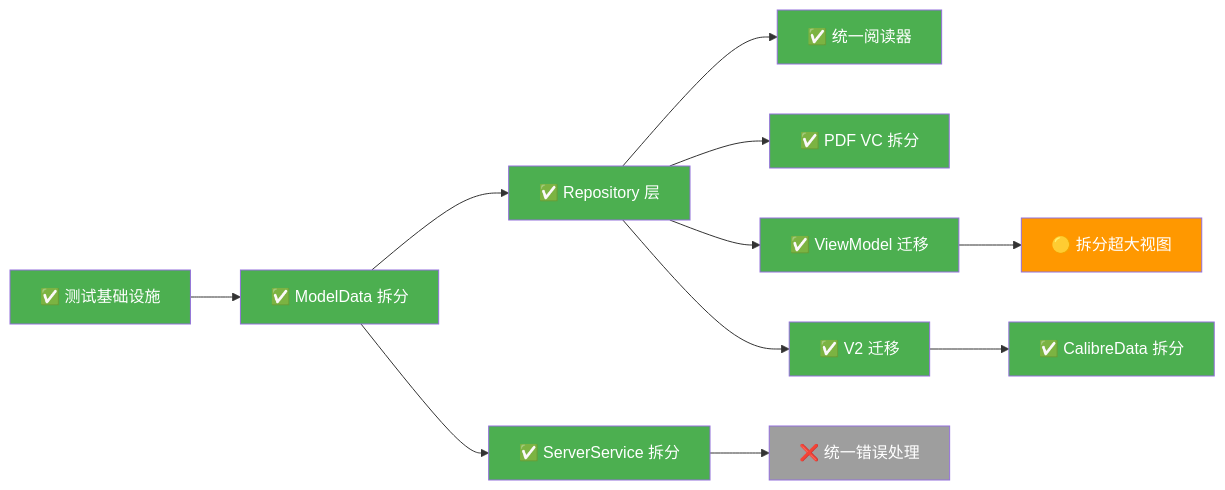
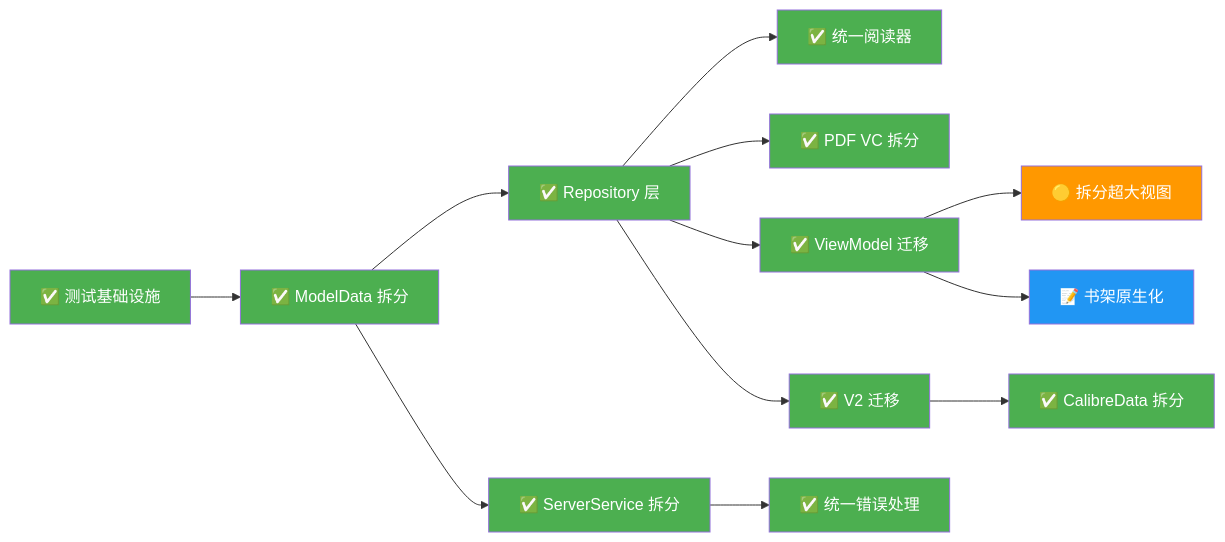
The third of 3 diagrams in .agents/plans/REFACTOR_PLAN.claude.md (drearycold/YetAnotherEBookReader), drawn with Mermaid before and after one commit. The commit also changed other lines of this file and 3 other files, not shown here.

````diff
--- a/.agents/plans/REFACTOR_PLAN.claude.md
+++ b/.agents/plans/REFACTOR_PLAN.claude.md
@@ -799,25 +803,27 @@
 ```mermaid
 graph LR
     P0_2["✅ 测试基础设施"] --> P0_1["✅ ModelData 拆分"]
     P0_1 --> P0_3["✅ Repository 层"]
     P0_3 --> P1_Reader["✅ 统一阅读器"]
     P0_3 --> P1_PDF["✅ PDF VC 拆分"]
     P0_1 --> P1_Network["✅ ServerService 拆分"]
     P0_3 --> P1_VM["✅ ViewModel 迁移"]
     P0_3 --> P1_CB["✅ V2 迁移"]
     P1_VM --> P2_View["🟡 拆分超大视图"]
     P1_CB --> P2_Data["✅ CalibreData 拆分"]
-    P1_Network --> P2_Error["❌ 统一错误处理"]
+    P1_Network --> P2_Error["✅ 统一错误处理"]
+    P1_VM --> P2_Shelf["📝 书架原生化"]
     
     style P0_2 fill:#4CAF50,color:#fff
     style P0_1 fill:#4CAF50,color:#fff
     style P0_3 fill:#4CAF50,color:#fff
     style P1_Reader fill:#4CAF50,color:#fff
     style P1_PDF fill:#4CAF50,color:#fff
     style P1_Network fill:#4CAF50,color:#fff
     style P1_VM fill:#4CAF50,color:#fff
     style P1_CB fill:#4CAF50,color:#fff
     style P2_View fill:#FF9800,color:#fff
     style P2_Data fill:#4CAF50,color:#fff
-    style P2_Error fill:#9E9E9E,color:#fff
+    style P2_Error fill:#4CAF50,color:#fff
+    style P2_Shelf fill:#2196F3,color:#fff
 ```
````
